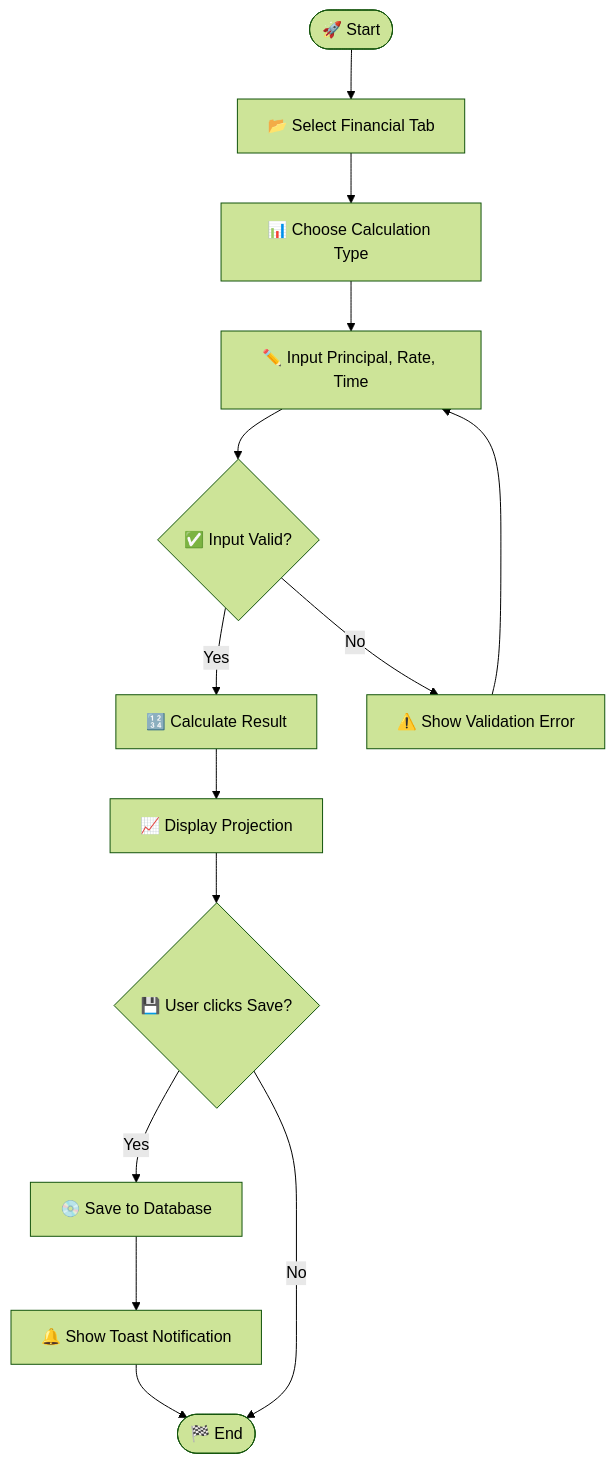
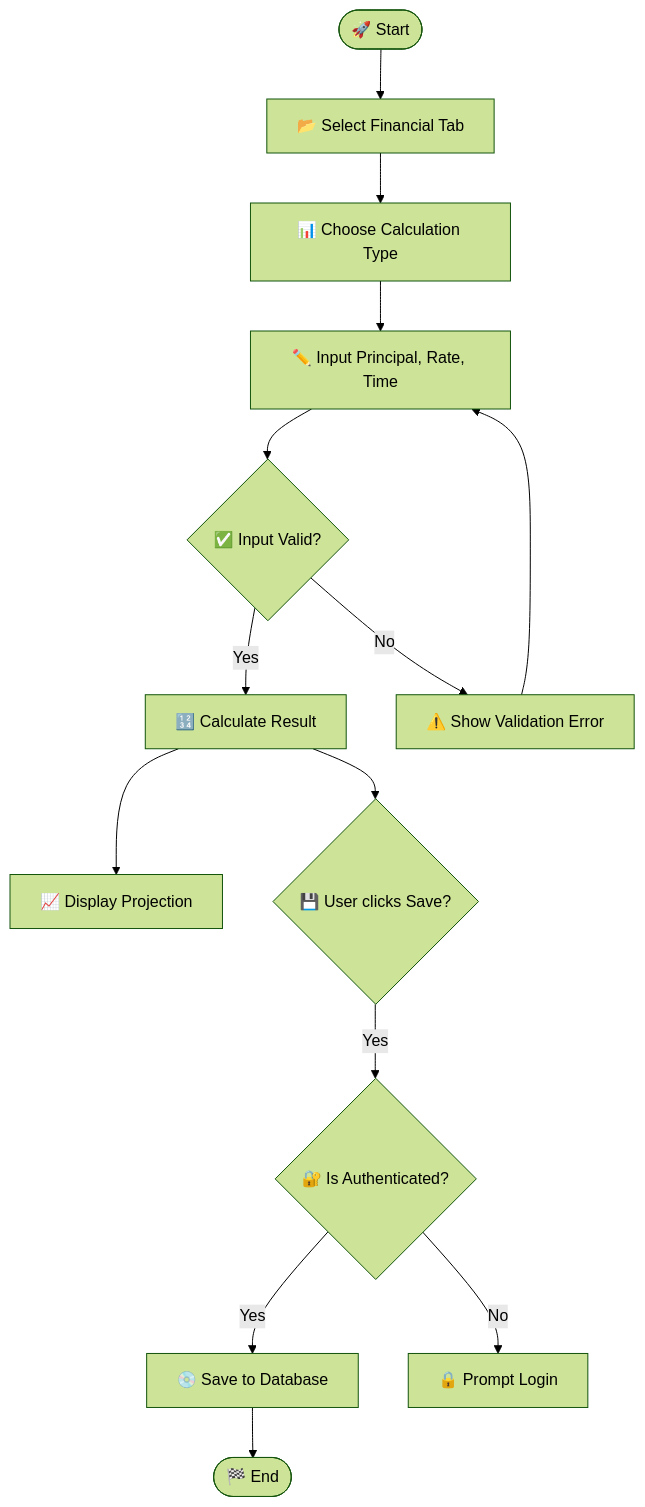
One commit to falcon-ioi/Caclcon changed the second of 3 diagrams in README.md. Above: the diagram before and after it, drawn with Mermaid (forest theme). The commit also changed other lines of this file and 5 other files, not shown here.

````diff
--- a/README.md
+++ b/README.md
@@ -105,19 +107,19 @@
 ```mermaid
 flowchart TD
     A(["🚀 Start"]) --> B["📂 Select Financial Tab"]
     B --> C["📊 Choose Calculation Type"]
     C --> D["✏️ Input Principal, Rate, Time"]
     D --> E{"✅ Input Valid?"}
     
     E -->|Yes| F["🔢 Calculate Result"]
     F --> G["📈 Display Projection"]
-    G --> H{"💾 User clicks Save?"}
+    F --> H{"💾 User clicks Save?"}
     
-    H -->|Yes| I["💿 Save to Database"]
-    I --> J["🔔 Show Toast Notification"]
-    J --> K(["🏁 End"])
+    H -->|Yes| I{"🔐 Is Authenticated?"}
+    I -->|Yes| J["💿 Save to Database"]
+    I -->|No| K["🔒 Prompt Login"]
     
-    H -->|No| K
-    E -->|No| L["⚠️ Show Validation Error"]
-    L --> D
+    J --> L(["🏁 End"])
+    E -->|No| M["⚠️ Show Validation Error"]
+    M --> D
 ```
````
